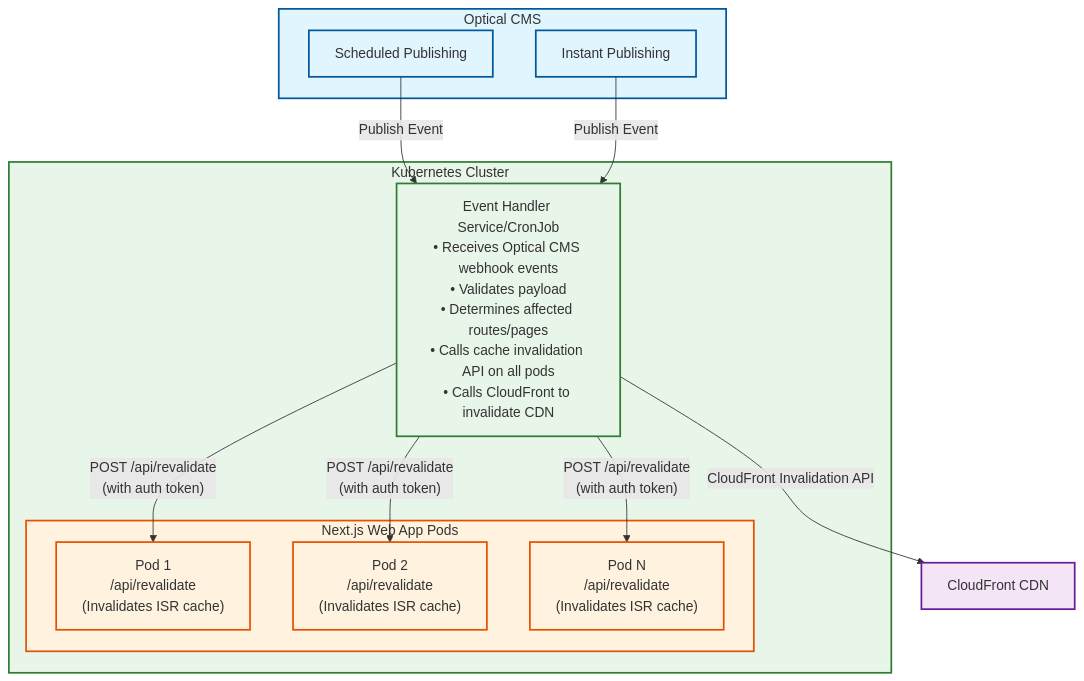
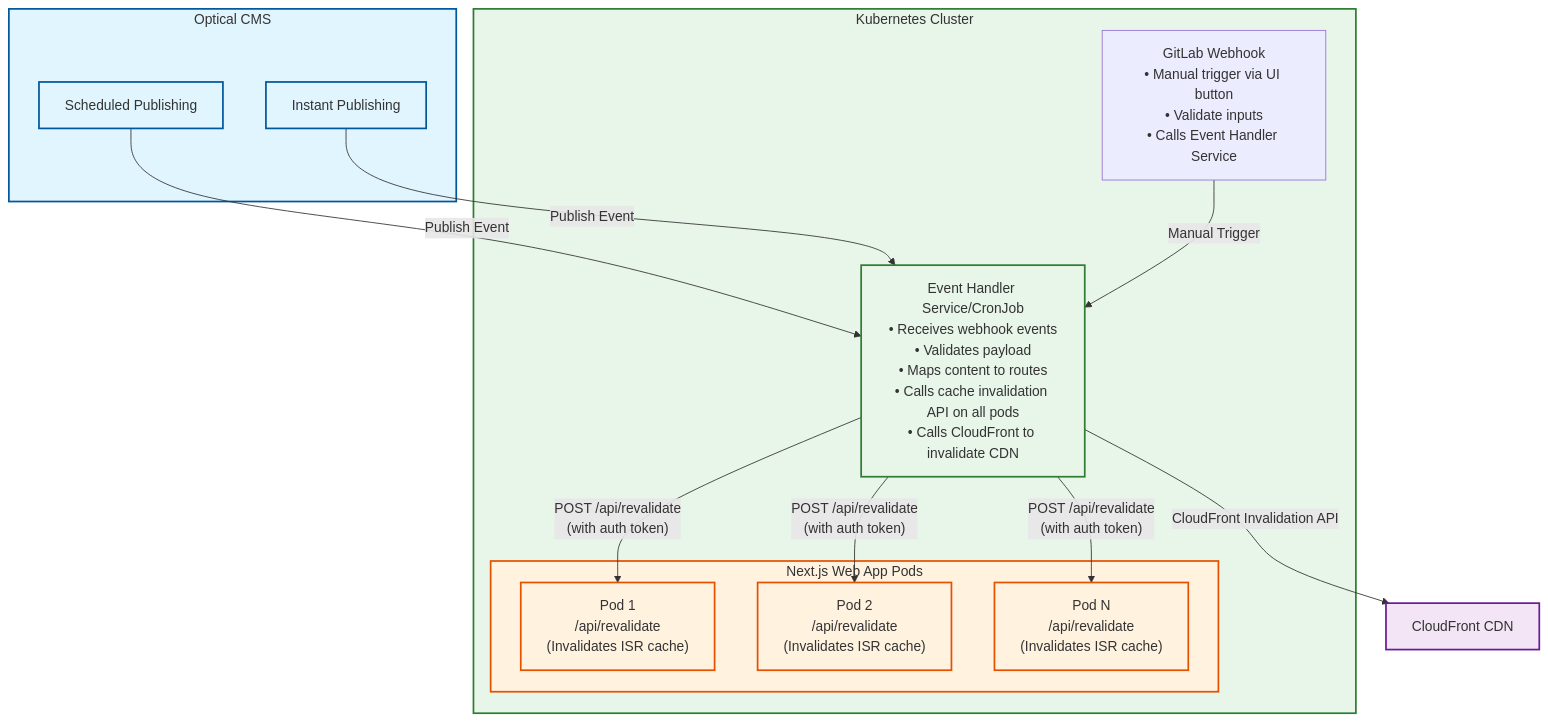
One commit to letrthang/nextjs-page-rendering-patterns-demo changed the diagram in On_demand_invalidate_cache.md. Above: the diagram before and after it, drawn with Mermaid. The commit also changed other lines of this file, not shown here.

````diff
--- a/On_demand_invalidate_cache.md
+++ b/On_demand_invalidate_cache.md
@@ -26,36 +26,38 @@
 ```mermaid
 graph TB
     subgraph CMS["Optical CMS"]
         SP["Scheduled Publishing"]
         IP["Instant Publishing"]
     end
 
     subgraph K8S["Kubernetes Cluster"]
-        EH["Event Handler Service/CronJob<br/>• Receives Optical CMS webhook events<br/>• Validates payload<br/>• Determines affected routes/pages<br/>• Calls cache invalidation API on all pods<br/>• Calls CloudFront to invalidate CDN"]
+        EH["Event Handler Service/CronJob<br/>• Receives webhook events<br/>• Validates payload<br/>• Maps content to routes<br/>• Calls cache invalidation API on all pods<br/>• Calls CloudFront to invalidate CDN"]
+        GW["GitLab Webhook<br/>• Manual trigger via UI button<br/>• Validate inputs<br/>• Calls Event Handler Service"]
 
         subgraph WebApp["Next.js Web App Pods"]
             POD1["Pod 1<br/>/api/revalidate<br/>(Invalidates ISR cache)"]
             POD2["Pod 2<br/>/api/revalidate<br/>(Invalidates ISR cache)"]
             POD3["Pod N<br/>/api/revalidate<br/>(Invalidates ISR cache)"]
         end
     end
 
     CDN["CloudFront CDN"]
 
     SP -->|Publish Event| EH
     IP -->|Publish Event| EH
+    GW -->|Manual Trigger| EH
     EH -->|"POST /api/revalidate<br/>(with auth token)"| POD1
     EH -->|"POST /api/revalidate<br/>(with auth token)"| POD2
     EH -->|"POST /api/revalidate<br/>(with auth token)"| POD3
     EH -->|"CloudFront Invalidation API"| CDN
 
     classDef cmsStyle fill:#e1f5ff,stroke:#01579b,stroke-width:2px
     classDef k8sStyle fill:#e8f5e9,stroke:#2e7d32,stroke-width:2px
     classDef appStyle fill:#fff3e0,stroke:#e65100,stroke-width:2px
     classDef cacheStyle fill:#f3e5f5,stroke:#6a1b9a,stroke-width:2px
 
     class CMS,SP,IP cmsStyle
     class K8S,EH k8sStyle
     class WebApp,POD1,POD2,POD3 appStyle
     class CDN cacheStyle
 ```
````
